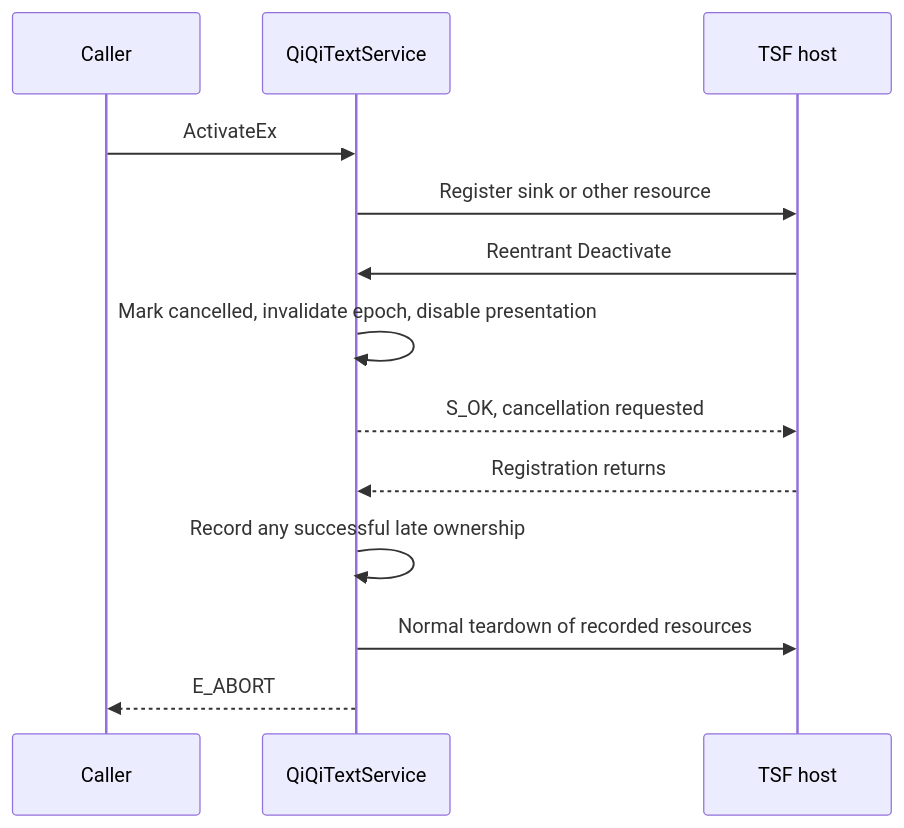
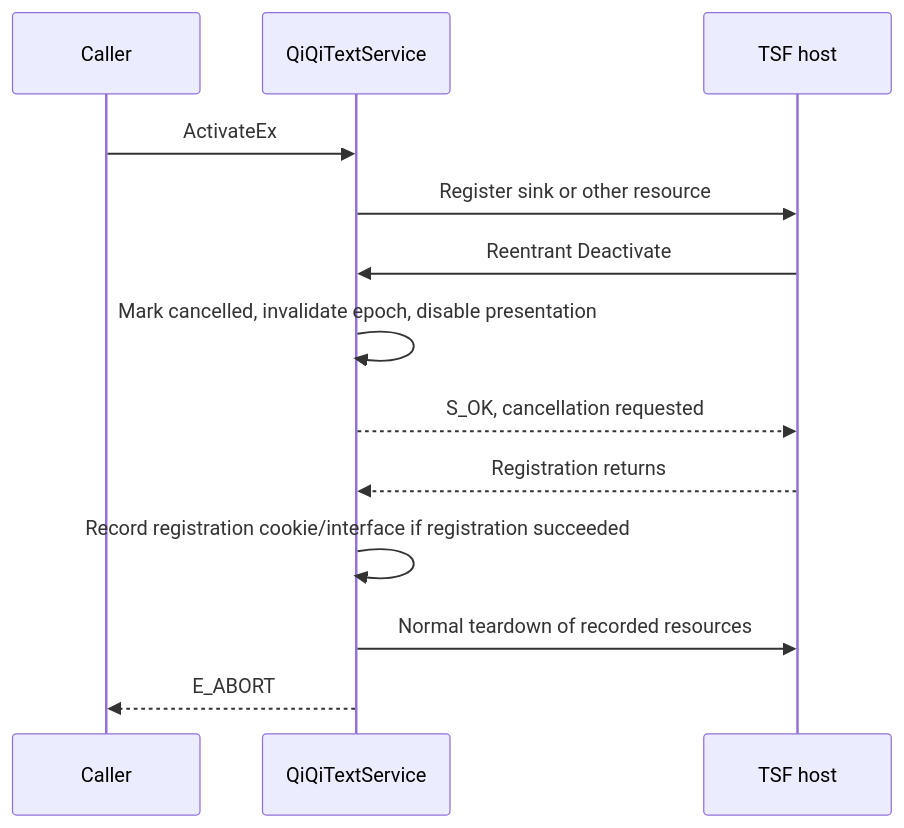
Before and after one commit to cloudfyy/qiqiime: the sixth of 7 diagrams in docs/composition.md, drawn with Mermaid. The commit also changed other lines of this file, not shown here.

Commit message:
docs: clarify activation cancellation and candidate UI ownership

````diff
--- a/docs/composition.md
+++ b/docs/composition.md
@@ -578,15 +589,15 @@
 ```mermaid
 sequenceDiagram
     participant Caller
     participant Service as QiQiTextService
     participant Host as TSF host
     Caller->>Service: ActivateEx
     Service->>Host: Register sink or other resource
     Host->>Service: Reentrant Deactivate
     Service->>Service: Mark cancelled, invalidate epoch, disable presentation
     Service-->>Host: S_OK, cancellation requested
     Host-->>Service: Registration returns
-    Service->>Service: Record any successful late ownership
+    Service->>Service: Record registration cookie/interface if registration succeeded
     Service->>Host: Normal teardown of recorded resources
     Service-->>Caller: E_ABORT
 ```
````
